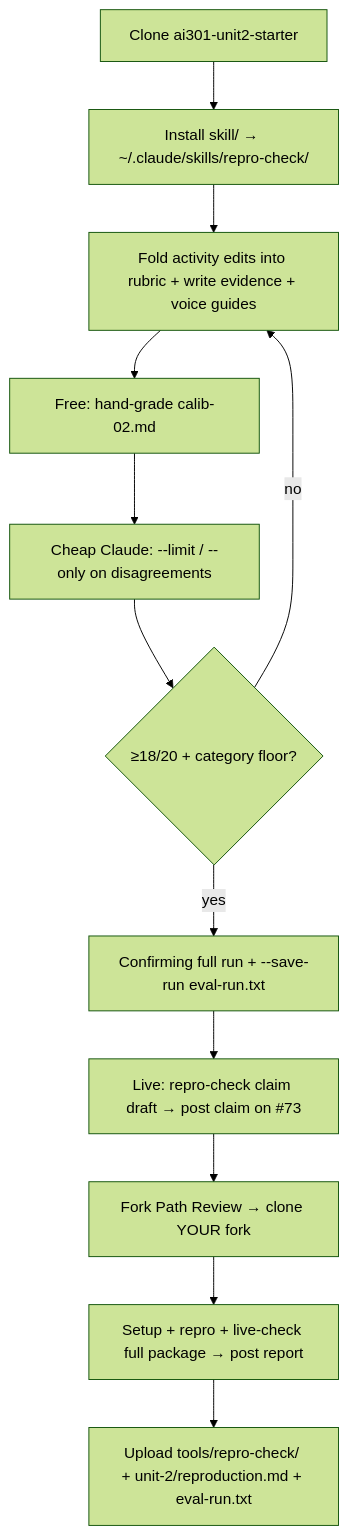
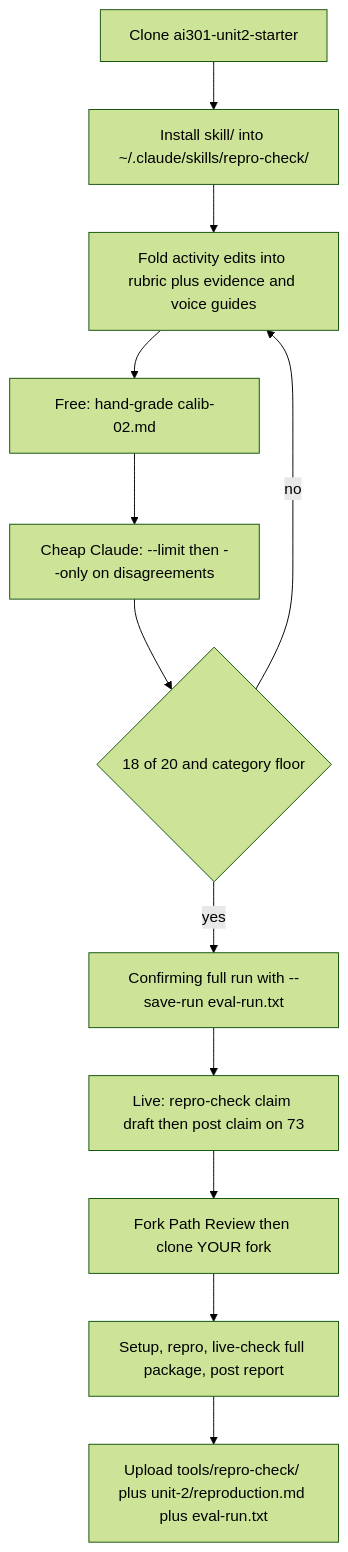
Before and after one commit to speculaas/ai301-coursework-trilogy-preview: the second of 2 diagrams in beat-1-sandbox/unit-2/2026-09-23-unit2-session-prep.md, drawn with Mermaid (forest theme). The commit also changed other lines of this file, not shown here.

Commit message:
Fix Unit 2 prep Mermaid for GitHub and document no simulate script.

````diff
--- a/beat-1-sandbox/unit-2/2026-09-23-unit2-session-prep.md
+++ b/beat-1-sandbox/unit-2/2026-09-23-unit2-session-prep.md
@@ -71,14 +76,14 @@
 ```mermaid
 flowchart TD
-  A[Clone ai301-unit2-starter] --> B["Install skill/ → ~/.claude/skills/repro-check/"]
-  B --> C[Fold activity edits into rubric + write evidence + voice guides]
+  A[Clone ai301-unit2-starter] --> B["Install skill/ into ~/.claude/skills/repro-check/"]
+  B --> C[Fold activity edits into rubric plus evidence and voice guides]
   C --> D["Free: hand-grade calib-02.md"]
-  D --> E["Cheap Claude: --limit / --only on disagreements"]
-  E --> F{"≥18/20 + category floor?"}
+  D --> E["Cheap Claude: --limit then --only on disagreements"]
+  E --> F{"18 of 20 and category floor"}
   F -->|no| C
-  F -->|yes| G["Confirming full run + --save-run eval-run.txt"]
-  G --> H["Live: repro-check claim draft → post claim on #73"]
-  H --> I[Fork Path Review → clone YOUR fork]
-  I --> J[Setup + repro + live-check full package → post report]
-  J --> K["Upload tools/repro-check/ + unit-2/reproduction.md + eval-run.txt"]
+  F -->|yes| G["Confirming full run with --save-run eval-run.txt"]
+  G --> H["Live: repro-check claim draft then post claim on 73"]
+  H --> I[Fork Path Review then clone YOUR fork]
+  I --> J[Setup, repro, live-check full package, post report]
+  J --> K["Upload tools/repro-check/ plus unit-2/reproduction.md plus eval-run.txt"]
 ```
````
